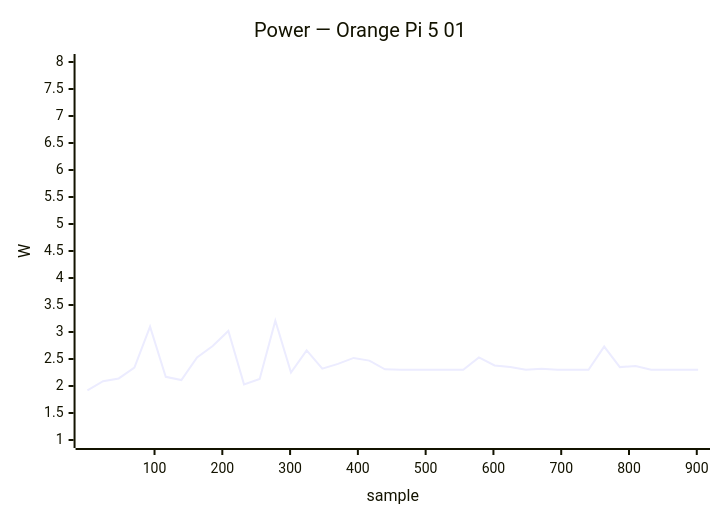
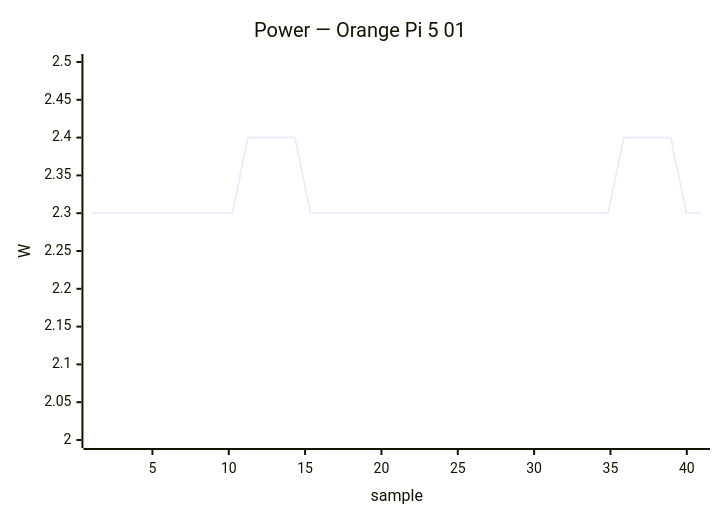
Before and after one commit to armbian/documentation: the fourth of 39 diagrams in docs/status/board-tests.md, drawn with Mermaid. The commit also changed other lines of this file, not shown here.

````diff
--- a/docs/status/board-tests.md
+++ b/docs/status/board-tests.md
@@ -153,7 +127,7 @@
 ```mermaid
 xychart-beta
     title "Power — Orange Pi 5 01"
-    x-axis "sample" 1 --> 902
-    y-axis "W" 1.0 --> 8.0
-    line [1.92, 2.09, 2.14, 2.34, 3.10, 2.17, 2.11, 2.53, 2.74, 3.02, 2.03, 2.13, 3.21, 2.25, 2.66, 2.32, 2.41, 2.52, 2.47, 2.31, 2.30, 2.30, 2.30, 2.30, 2.30, 2.53, 2.38, 2.35, 2.30, 2.32, 2.30, 2.30, 2.30, 2.73, 2.35, 2.37, 2.30, 2.30, 2.30, 2.30]
+    x-axis "sample" 1 --> 41
+    y-axis "W" 2.0 --> 2.5
+    line [2.30, 2.30, 2.30, 2.30, 2.30, 2.30, 2.30, 2.30, 2.30, 2.30, 2.40, 2.40, 2.40, 2.40, 2.30, 2.30, 2.30, 2.30, 2.30, 2.30, 2.30, 2.30, 2.30, 2.30, 2.30, 2.30, 2.30, 2.30, 2.30, 2.30, 2.30, 2.30, 2.30, 2.30, 2.40, 2.40, 2.40, 2.40, 2.30, 2.30]
 ```
````
